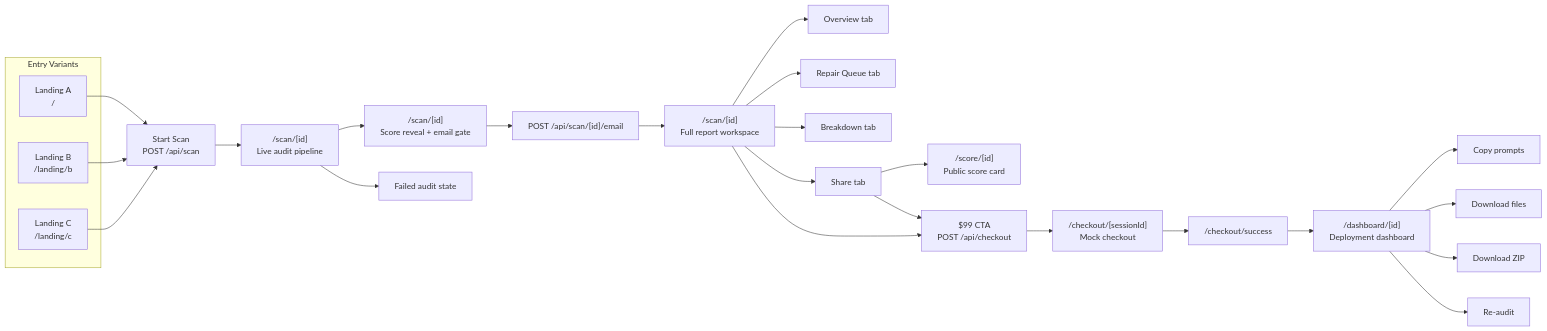
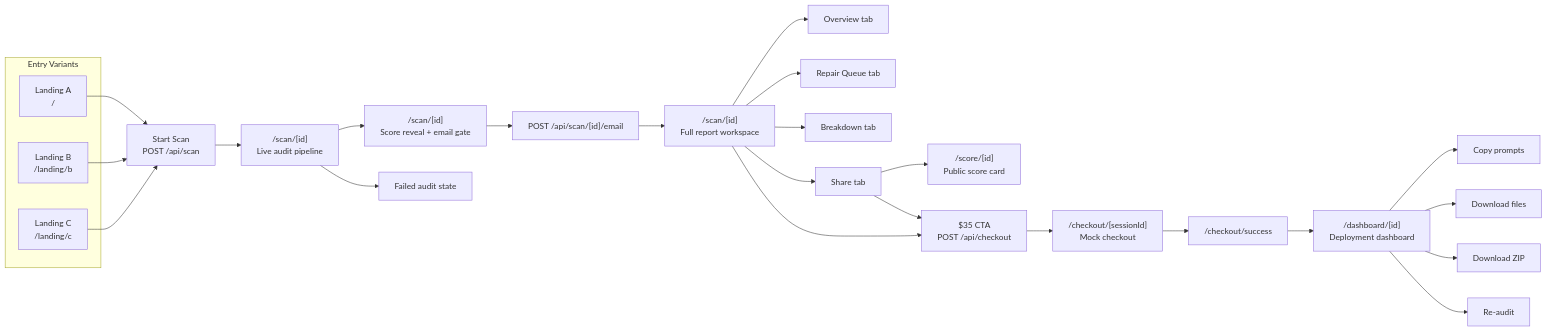
Before and after one commit to ryantetro/AI-visability: the first of 2 diagrams in docs/ui-ux-flow.md, drawn with Mermaid. The commit also changed 112 other files, not shown here.

````diff
--- a/docs/ui-ux-flow.md
+++ b/docs/ui-ux-flow.md
@@ -13,37 +13,37 @@
 ```mermaid
 flowchart LR
   subgraph Entry["Entry Variants"]
     A["Landing A<br/>/"]
     B["Landing B<br/>/landing/b"]
     C["Landing C<br/>/landing/c"]
   end
 
   A --> S["Start Scan<br/>POST /api/scan"]
   B --> S
   C --> S
 
   S --> P["/scan/[id]<br/>Live audit pipeline"]
   P --> G["/scan/[id]<br/>Score reveal + email gate"]
   P --> X["Failed audit state"]
 
   G --> E["POST /api/scan/[id]/email"]
   E --> R["/scan/[id]<br/>Full report workspace"]
 
   R --> O["Overview tab"]
   R --> Q["Repair Queue tab"]
   R --> D["Breakdown tab"]
   R --> H["Share tab"]
 
   H --> PS["/score/[id]<br/>Public score card"]
-  R --> C1["$99 CTA<br/>POST /api/checkout"]
+  R --> C1["$35 CTA<br/>POST /api/checkout"]
   H --> C1
 
   C1 --> C2["/checkout/[sessionId]<br/>Mock checkout"]
   C2 --> C3["/checkout/success"]
   C3 --> DB["/dashboard/[id]<br/>Deployment dashboard"]
 
   DB --> F1["Copy prompts"]
   DB --> F2["Download files"]
   DB --> F3["Download ZIP"]
   DB --> F4["Re-audit"]
 ```
````
